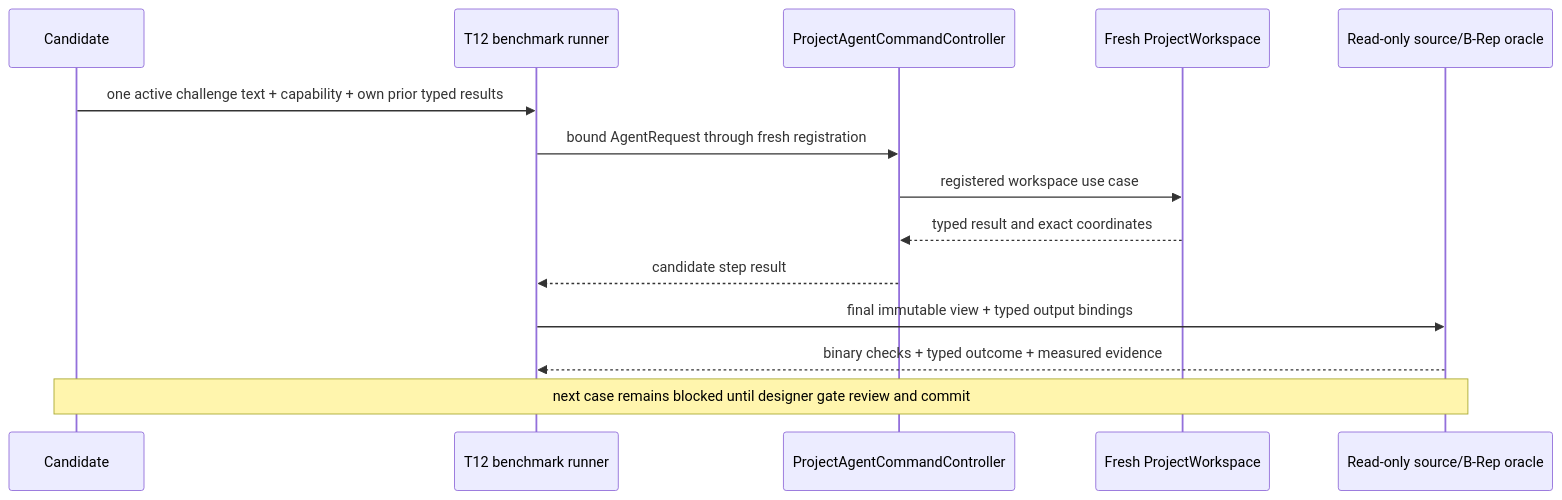
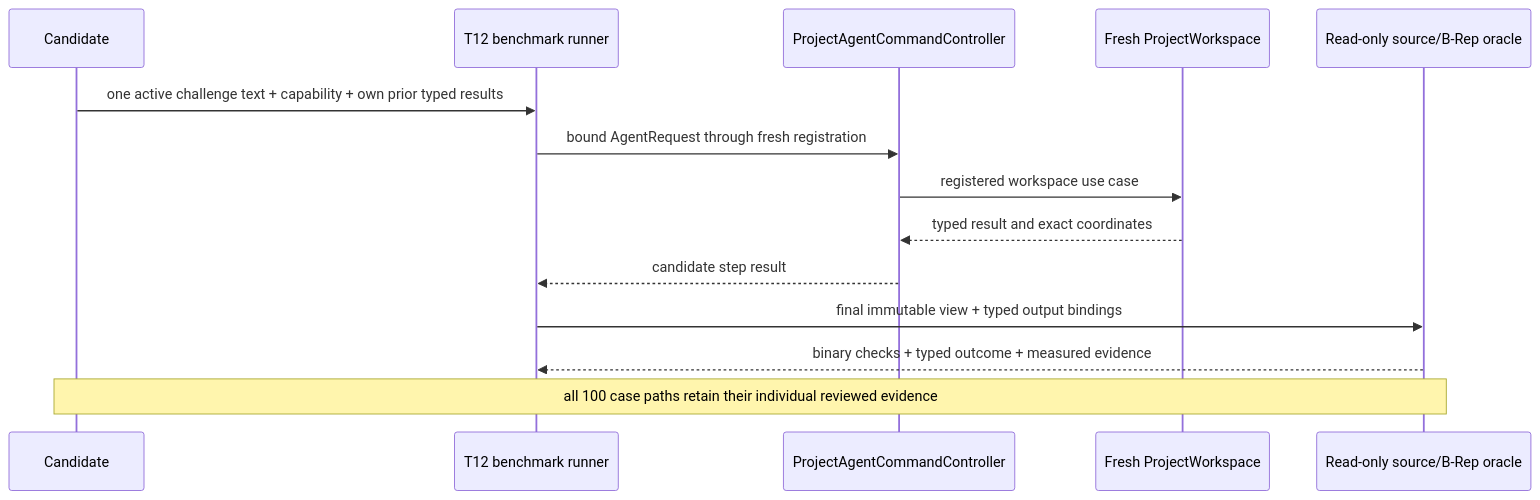
One commit to 1amageek/Rupa changed the third of 3 diagrams in DESIGN.md. Above: the diagram before and after it, drawn with Mermaid. The commit also changed other lines of this file and 6 other files, not shown here.

````diff
--- a/DESIGN.md
+++ b/DESIGN.md
@@ -183,16 +183,16 @@
 ```mermaid
 sequenceDiagram
     participant C as Candidate
     participant B as T12 benchmark runner
     participant A as ProjectAgentCommandController
     participant W as Fresh ProjectWorkspace
     participant O as Read-only source/B-Rep oracle
     C->>B: one active challenge text + capability + own prior typed results
     B->>A: bound AgentRequest through fresh registration
     A->>W: registered workspace use case
     W-->>A: typed result and exact coordinates
     A-->>B: candidate step result
     B->>O: final immutable view + typed output bindings
     O-->>B: binary checks + typed outcome + measured evidence
-    Note over C,O: next case remains blocked until designer gate review and commit
+    Note over C,O: all 100 case paths retain their individual reviewed evidence
 ```
````
